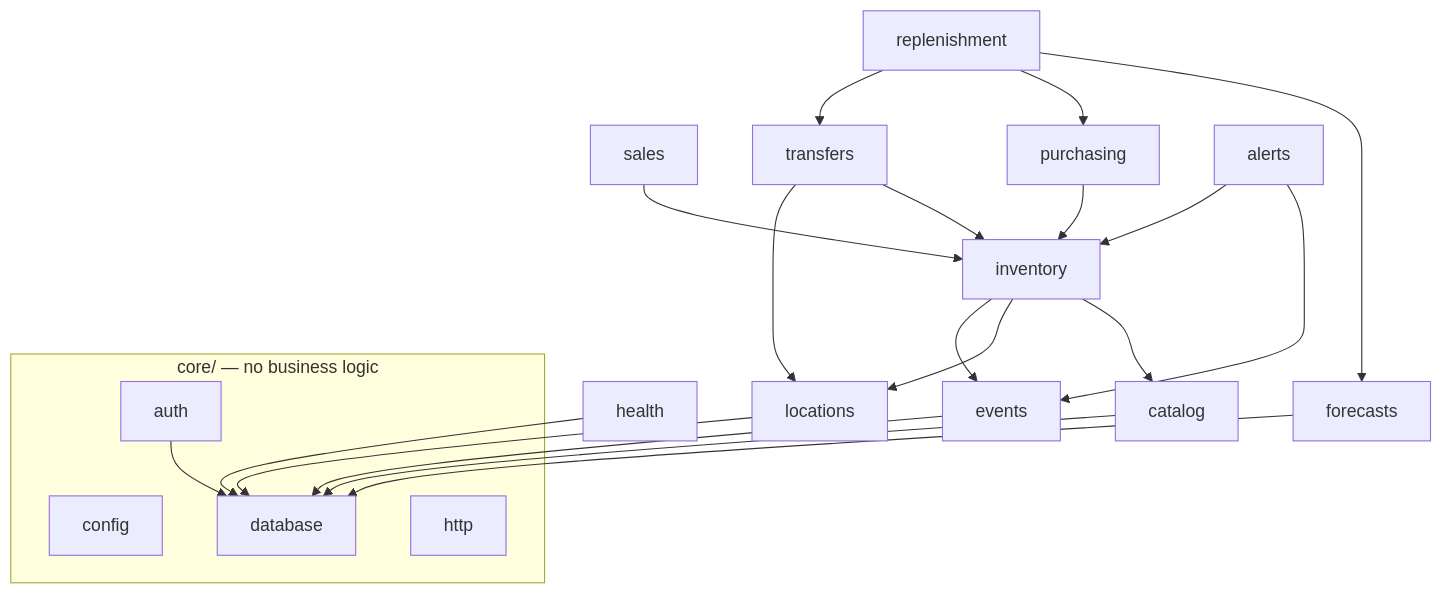
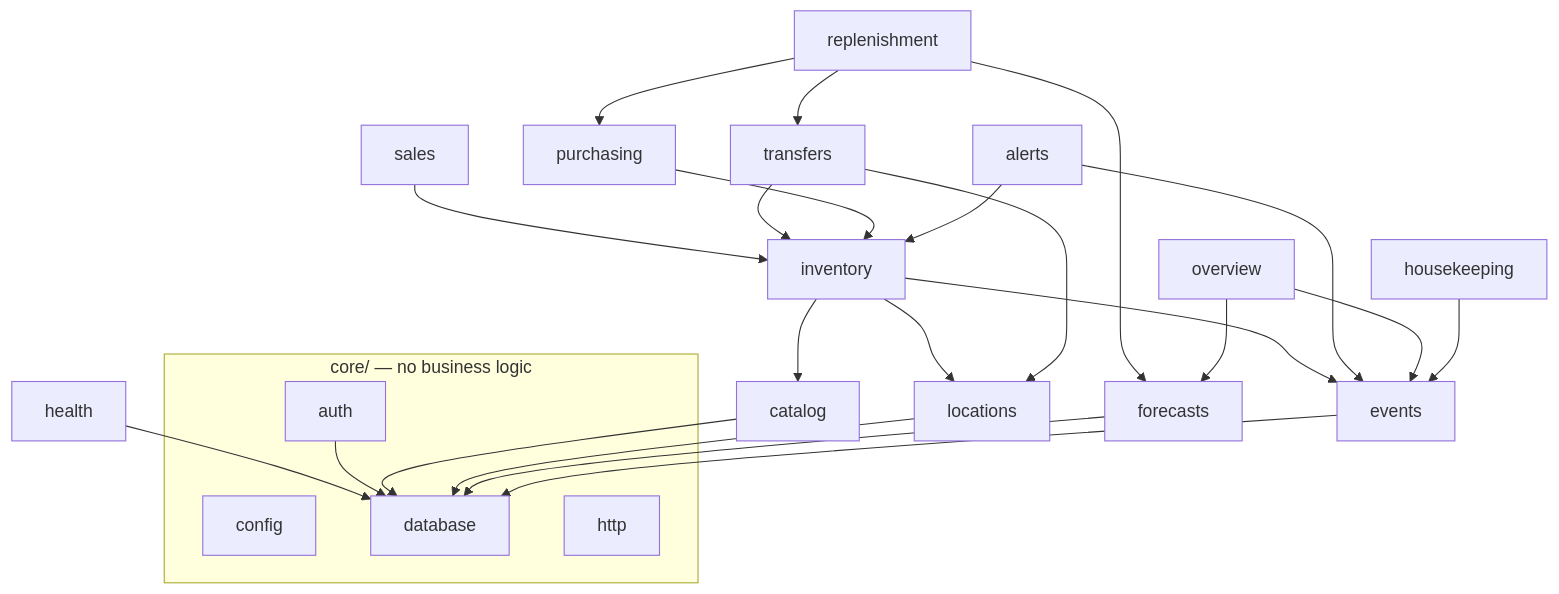
One commit to Hirockpaul/RetailPulse changed the second of 6 diagrams in docs/ARCHITECTURE.md. Above: the diagram before and after it, drawn with Mermaid. The commit also changed other lines of this file and 61 other files, not shown here.

First line of the commit message:
feat: Day 7 — overview dashboard, metrics, housekeeping, Docker demo, e2e

````diff
--- a/docs/ARCHITECTURE.md
+++ b/docs/ARCHITECTURE.md
@@ -69,18 +69,20 @@
 ```mermaid
 flowchart TB
   subgraph core[core/ — no business logic]
     config & database & http & auth
   end
   health --> database
   auth --> database
   catalog --> database
   locations --> database
   inventory --> catalog & locations & events
   sales --> inventory
   transfers --> inventory & locations
   purchasing --> inventory
   forecasts --> database
   replenishment --> forecasts & purchasing & transfers
   events --> database
   alerts --> events & inventory
+  overview --> forecasts & events
+  housekeeping --> events
 ```
````
